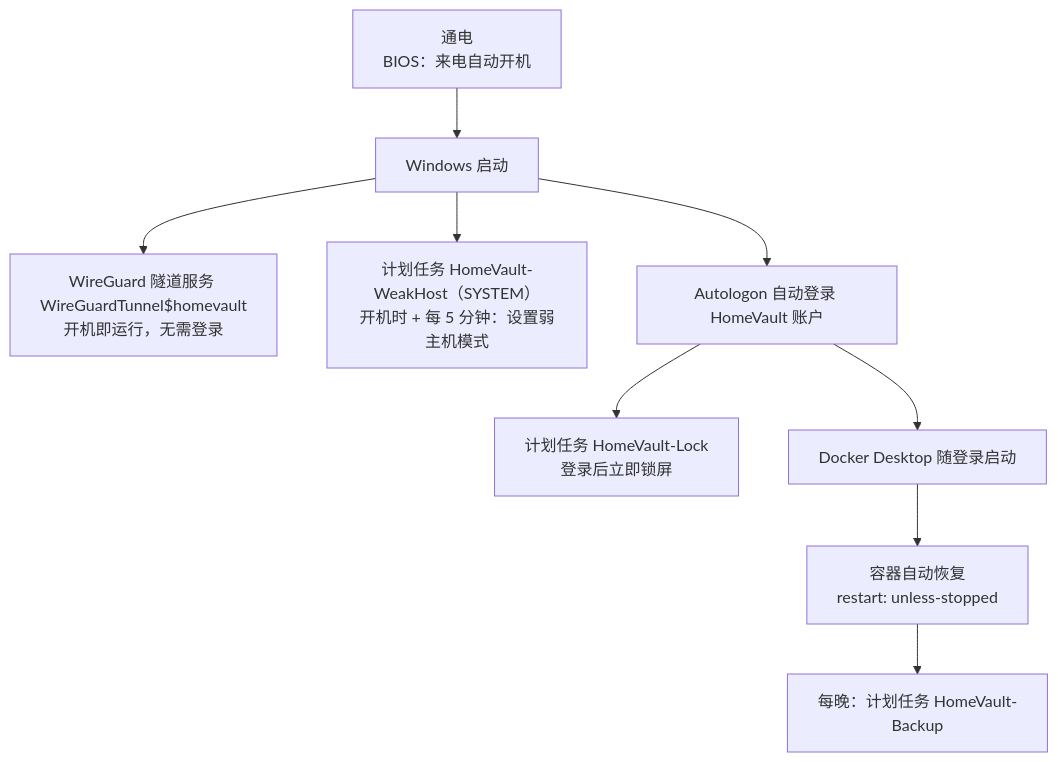
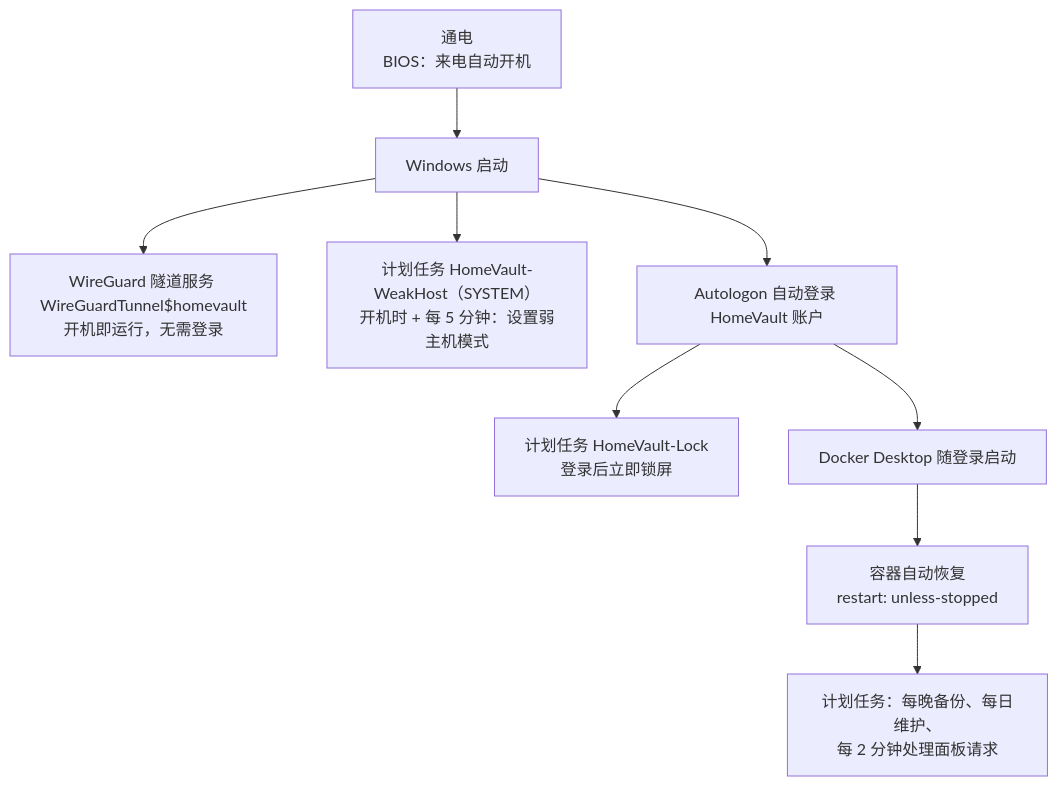
Before and after one commit to yuelanxian/-: the diagram in docs/03-Windows部署.md, drawn with Mermaid. The commit also changed other lines of this file and 87 other files, not shown here.

````diff
--- a/docs/03-Windows部署.md
+++ b/docs/03-Windows部署.md
@@ -260,11 +350,11 @@
 ```mermaid
 flowchart TD
   A["通电<br/>BIOS：来电自动开机"] --> B["Windows 启动"]
   B --> C["WireGuard 隧道服务 WireGuardTunnel$homevault<br/>开机即运行，无需登录"]
   B --> D["计划任务 HomeVault-WeakHost（SYSTEM）<br/>开机时 + 每 5 分钟：设置弱主机模式"]
   B --> E["Autologon 自动登录 HomeVault 账户"]
   E --> F["计划任务 HomeVault-Lock<br/>登录后立即锁屏"]
   E --> G["Docker Desktop 随登录启动"]
   G --> H["容器自动恢复<br/>restart: unless-stopped"]
-  H --> I["每晚：计划任务 HomeVault-Backup"]
+  H --> I["计划任务：每晚备份、每日维护、<br/>每 2 分钟处理面板请求"]
 ```
````
